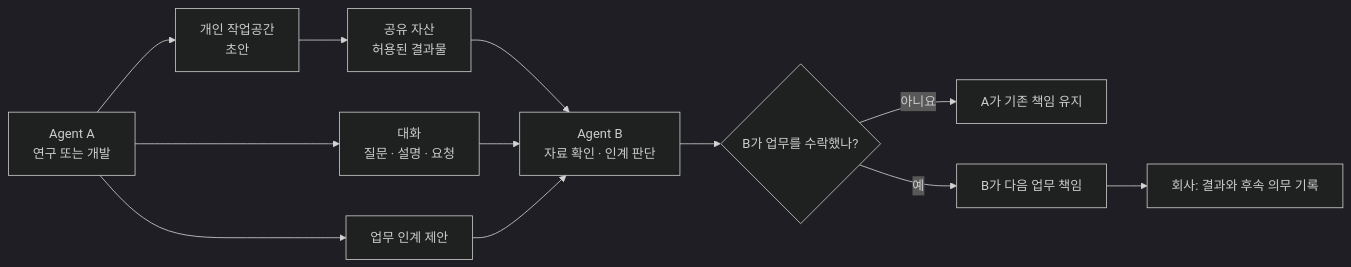
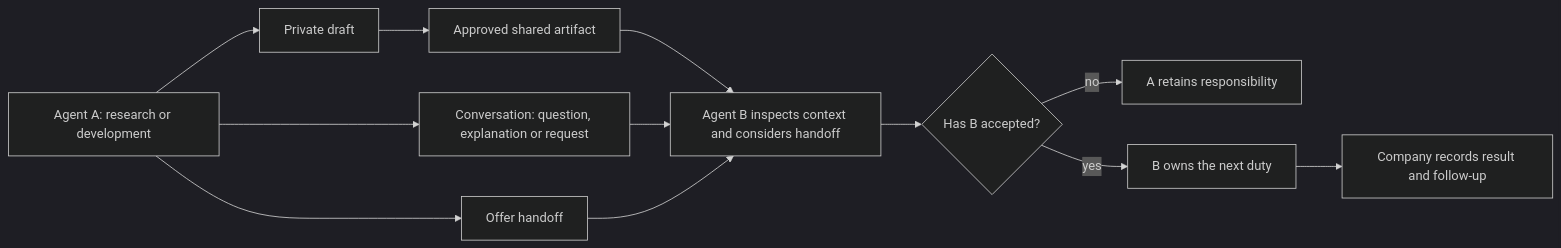
Before and after one commit to openboa-ai/sourdough: the ninth of 16 diagrams in docs/company-agent-quant.md, drawn with Mermaid (dark theme). The commit also changed other lines of this file and 29 other files, not shown here.

````diff
--- a/docs/company-agent-quant.md
+++ b/docs/company-agent-quant.md
@@ -256,18 +251,18 @@
 ```mermaid
 flowchart LR
-    A["Agent A<br/>연구 또는 개발"]
-    Draft["개인 작업공간<br/>초안"]
-    Share["공유 자산<br/>허용된 결과물"]
-    Message["대화<br/>질문 · 설명 · 요청"]
-    Offer["업무 인계 제안"]
-    B["Agent B<br/>자료 확인 · 인계 판단"]
-    Accept{"B가 업무를 수락했나?"}
-    OwnedA["A가 기존 책임 유지"]
-    OwnedB["B가 다음 업무 책임"]
-    Complete["회사: 결과와 후속 의무 기록"]
+    A["Agent A: research or development"]
+    Draft["Private draft"]
+    Share["Approved shared artifact"]
+    Message["Conversation: question, explanation or request"]
+    Offer["Offer handoff"]
+    B["Agent B inspects context and considers handoff"]
+    Accept{"Has B accepted?"}
+    OwnedA["A retains responsibility"]
+    OwnedB["B owns the next duty"]
+    Complete["Company records result and follow-up"]
     A --> Draft --> Share --> B
     A --> Message --> B
     A --> Offer --> B --> Accept
-    Accept -->|아니요| OwnedA
-    Accept -->|예| OwnedB --> Complete
+    Accept -->|no| OwnedA
+    Accept -->|yes| OwnedB --> Complete
 ```
````
